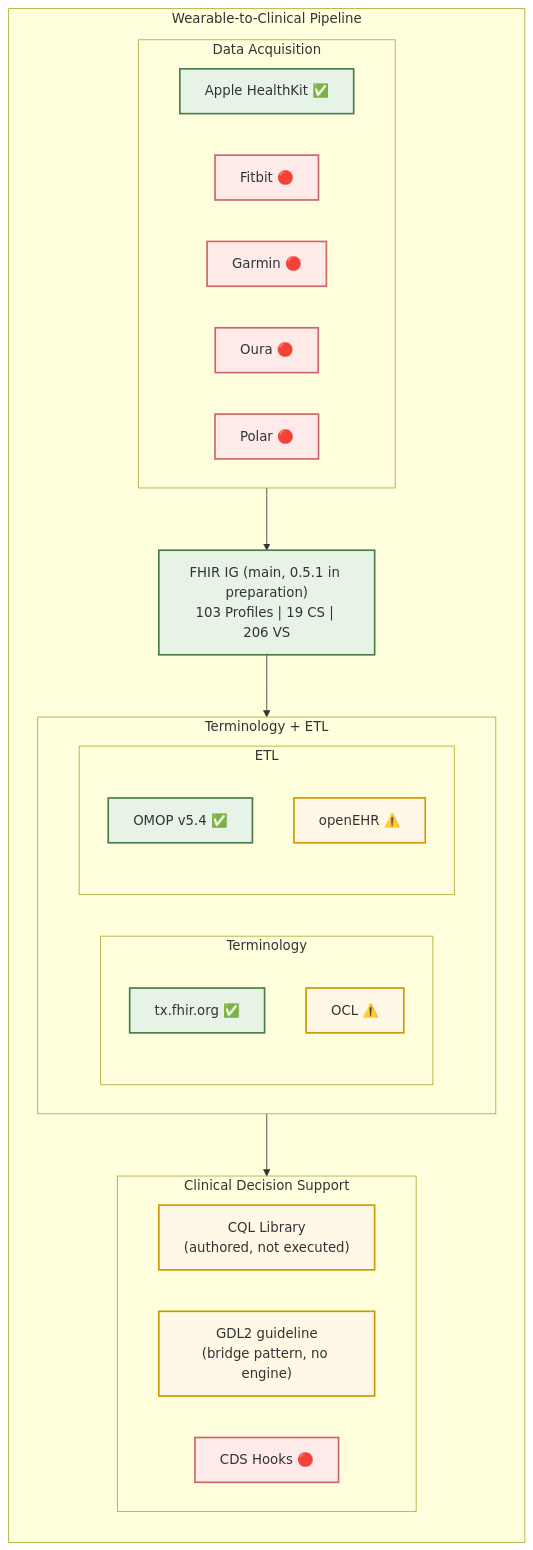
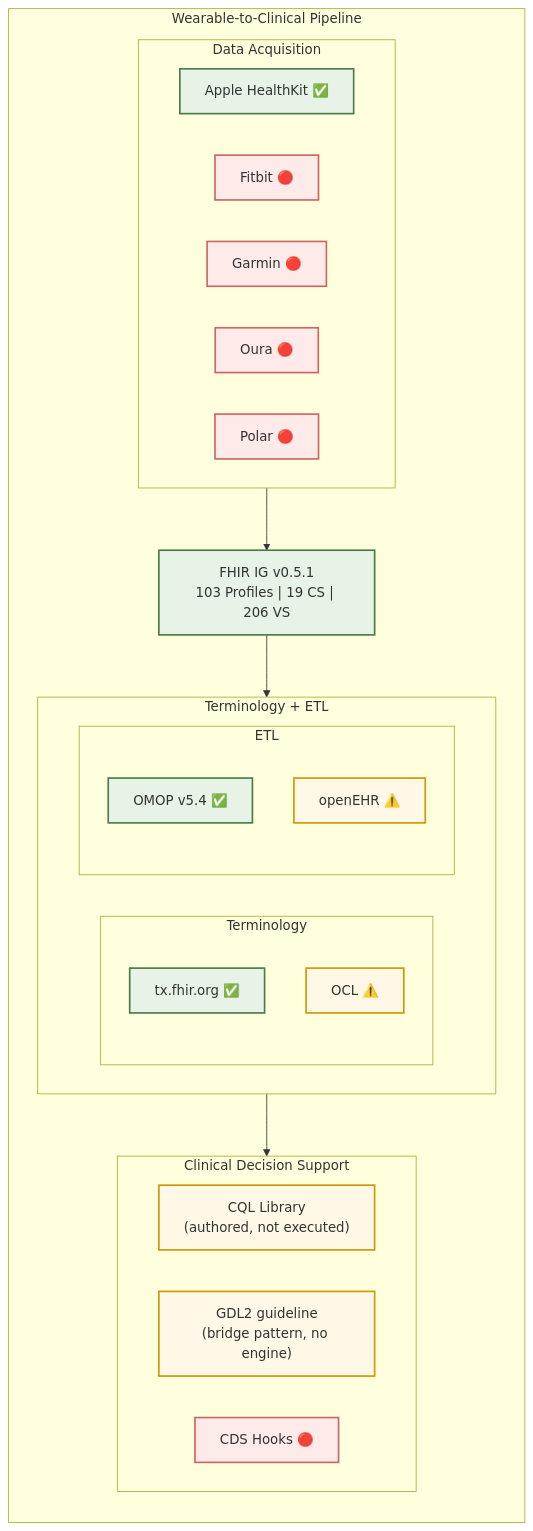
One commit to RicardoLSantos/shorthand changed the first of 4 diagrams in README.md. Above: the diagram before and after it, drawn with Mermaid. The commit also changed other lines of this file and 3 other files, not shown here.

````diff
--- a/README.md
+++ b/README.md
@@ -34,48 +34,48 @@
 ```mermaid
 flowchart TB
     subgraph WP["Wearable-to-Clinical Pipeline"]
         direction TB
 
         subgraph TG1["Data Acquisition"]
             direction LR
             APPLE["Apple HealthKit ✅"]
             FITBIT["Fitbit 🔴"]
             GARMIN["Garmin 🔴"]
             OURA["Oura 🔴"]
             POLAR["Polar 🔴"]
         end
 
-        FHIRIG["FHIR IG (main, 0.5.1 in preparation)<br/>103 Profiles | 19 CS | 206 VS"]
+        FHIRIG["FHIR IG v0.5.1<br/>103 Profiles | 19 CS | 206 VS"]
 
         subgraph TG2["Terminology + ETL"]
             direction LR
             subgraph TERM["Terminology"]
                 TXFHIR["tx.fhir.org ✅"]
                 OCL["OCL ⚠️"]
             end
             subgraph ETL["ETL"]
                 OMOP["OMOP v5.4 ✅"]
                 OPENEHR["openEHR ⚠️"]
             end
         end
 
         subgraph TG4["Clinical Decision Support"]
             direction LR
             CQL["CQL Library<br/>(authored, not executed)"]
             GDL2["GDL2 guideline<br/>(bridge pattern, no engine)"]
             CDSHOOKS["CDS Hooks 🔴"]
         end
     end
 
     TG1 --> FHIRIG
     FHIRIG --> TG2
     TG2 --> TG4
 
     classDef done fill:#e6f3e6,stroke:#4a7c4a,stroke-width:2px,color:#333
     classDef partial fill:#fff8e6,stroke:#cc9900,stroke-width:2px,color:#333
     classDef todo fill:#ffeaea,stroke:#cc6666,stroke-width:2px,color:#333
 
     class APPLE,FHIRIG,TXFHIR,OMOP done
     class OCL,OPENEHR,CQL,GDL2 partial
     class FITBIT,GARMIN,OURA,POLAR,CDSHOOKS todo
 ```
````
